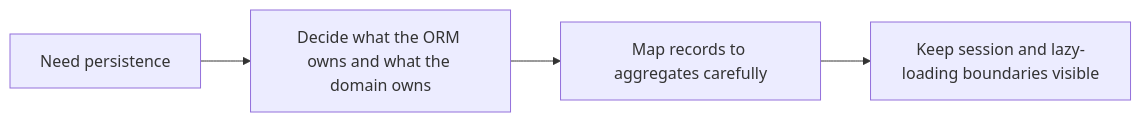
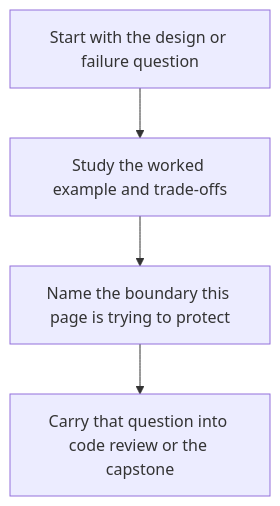
One commit to bijux/bijux-masterclass changed the second of 2 diagrams in programs/python-programming/python-object-oriented-programming/course-book/module-06-persistence-and-schema-evolution/orms-identity-map-and-session-boundaries.md. Above: the diagram before and after it, drawn with Mermaid. The commit also changed other lines of this file and 107 other files, not shown here.

Commit message:
docs(python-object-oriented-programming): align concept page diagrams

````diff
--- a/programs/python-programming/python-object-oriented-programming/course-book/module-06-persistence-and-schema-evolution/orms-identity-map-and-session-boundaries.md
+++ b/programs/python-programming/python-object-oriented-programming/course-book/module-06-persistence-and-schema-evolution/orms-identity-map-and-session-boundaries.md
@@ -17,6 +15,6 @@
 ```mermaid
-flowchart LR
-  storage["Need persistence"] --> decide["Decide what the ORM owns and what the domain owns"]
-  decide --> map["Map records to aggregates carefully"]
-  map --> boundary["Keep session and lazy-loading boundaries visible"]
+flowchart TD
+  problem["Start with the design or failure question"] --> example["Study the worked example and trade-offs"]
+  example --> boundary["Name the boundary this page is trying to protect"]
+  boundary --> proof["Carry that question into code review or the capstone"]
 ```
````
